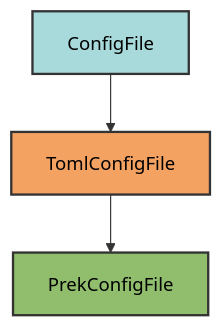
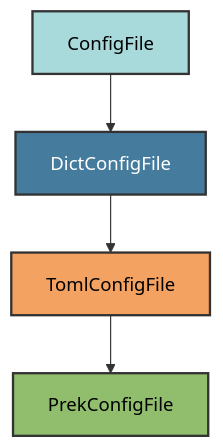
Before and after one commit to Winipedia/pyrig: the diagram in docs/configs/pre_commit.md, drawn with Mermaid. The commit also changed other lines of this file and 48 other files, not shown here.

````diff
--- a/docs/configs/pre_commit.md
+++ b/docs/configs/pre_commit.md
@@ -20,9 +20,11 @@
 ```mermaid
 graph TD
-    A[ConfigFile] --> B[TomlConfigFile]
-    B --> C[PrekConfigFile]
+    A[ConfigFile] --> B[DictConfigFile]
+    B --> C[TomlConfigFile]
+    C --> D[PrekConfigFile]
 
     style A fill:#a8dadc,stroke:#333,stroke-width:2px,color:#000
-    style B fill:#f4a261,stroke:#333,stroke-width:2px,color:#000
-    style C fill:#90be6d,stroke:#333,stroke-width:2px,color:#000
+    style B fill:#457b9d,stroke:#333,stroke-width:2px,color:#fff
+    style C fill:#f4a261,stroke:#333,stroke-width:2px,color:#000
+    style D fill:#90be6d,stroke:#333,stroke-width:2px,color:#000
 ```
````
